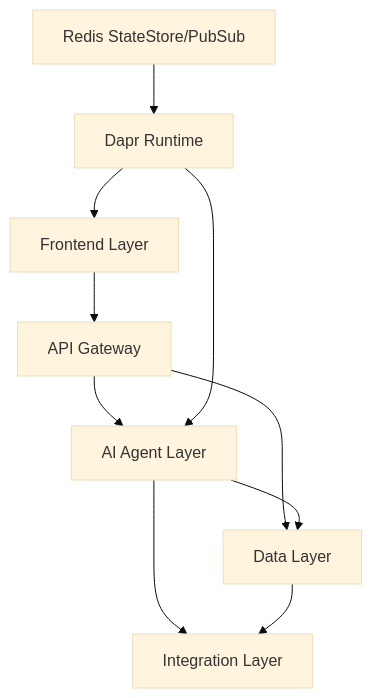
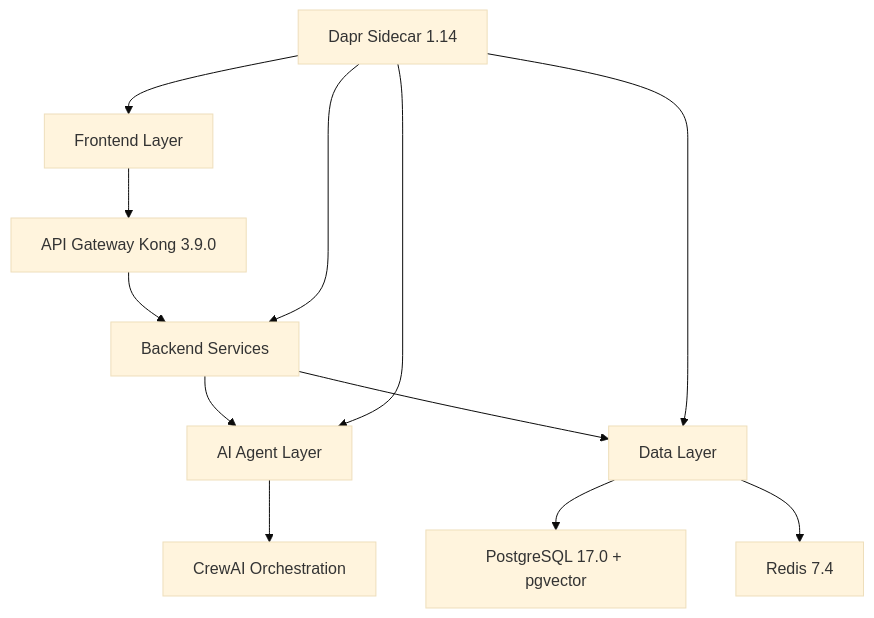
The first of 6 diagrams in README.md (jihadajUAEU/bluemeshv2), drawn with Mermaid (base theme) before and after one commit. The commit also changed other lines of this file and 1 other file, not shown here.

Commit message:
Update README.md to reflect architecture changes, component versions, and environment setup

````diff
--- a/README.md
+++ b/README.md
@@ -15,12 +15,14 @@
 ```mermaid
 graph TD
-    A[Frontend Layer] --> B[API Gateway]
-    B --> C[AI Agent Layer]
-    B --> D[Data Layer]
-    C --> D
-    C --> E[Integration Layer]
-    D --> E
-    F[Dapr Runtime] --> A
-    F --> C
-    G[Redis StateStore/PubSub] --> F
+    A[Frontend Layer] --> B[API Gateway Kong 3.9.0]
+    B --> C[Backend Services]
+    C --> D[AI Agent Layer]
+    C --> E[Data Layer]
+    D --> F[CrewAI Orchestration]
+    E --> G[PostgreSQL 17.0 + pgvector]
+    E --> H[Redis 7.4]
+    J[Dapr Sidecar 1.14] --> A
+    J --> C
+    J --> D
+    J --> E
 ```
````
